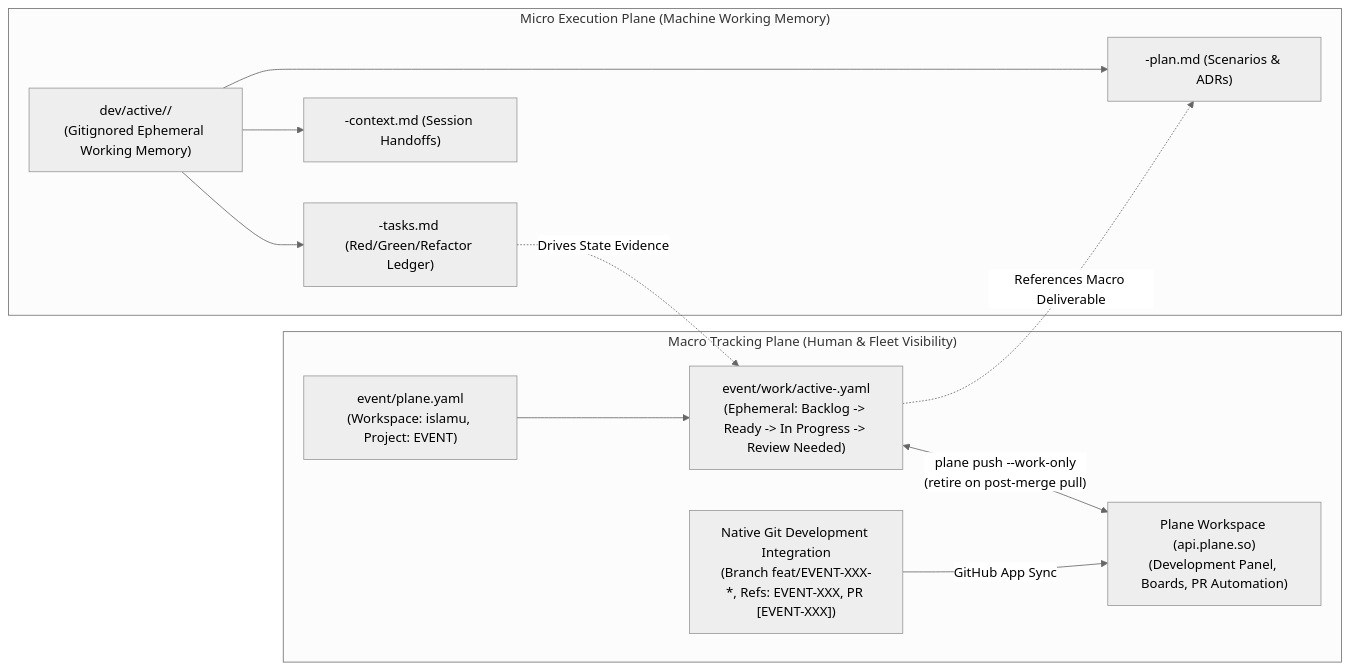
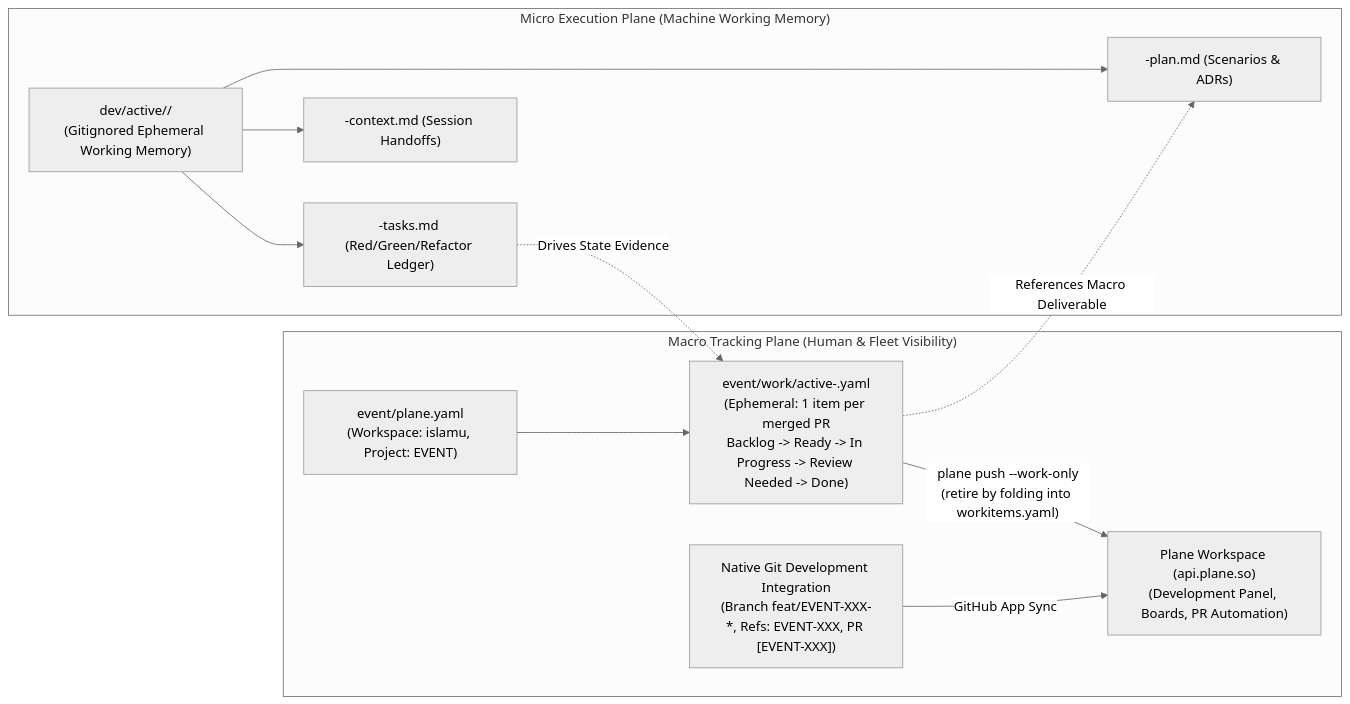
The seventh of 12 diagrams in docs/internal/AGENTIC_CONTEXT_ENGINEERING.md (islamu-ngo/Event), drawn with Mermaid (neutral theme) before and after one commit. The commit also changed other lines of this file and 25 other files, not shown here.

First line of the commit message:
docs(documentation): right-size Plane tracking to one item per merged pull request

````diff
--- a/docs/internal/AGENTIC_CONTEXT_ENGINEERING.md
+++ b/docs/internal/AGENTIC_CONTEXT_ENGINEERING.md
@@ -338,27 +338,27 @@
 ```mermaid
 flowchart LR
     subgraph MacroPlane["Macro Tracking Plane (Human & Fleet Visibility)"]
         PlaneYAML["event/plane.yaml\n(Workspace: islamu, Project: EVENT)"]
-        ActiveTaskYAML["event/work/active-<task-slug>.yaml\n(Ephemeral: Backlog -> Ready -> In Progress -> Review Needed)"]
+        ActiveTaskYAML["event/work/active-<task-slug>.yaml\n(Ephemeral: 1 item per merged PR\nBacklog -> Ready -> In Progress -> Review Needed -> Done)"]
         GitDev["Native Git Development Integration\n(Branch feat/EVENT-XXX-*, Refs: EVENT-XXX, PR [EVENT-XXX])"]
         PlaneCloud["Plane Workspace (api.plane.so)\n(Development Panel, Boards, PR Automation)"]
         
         PlaneYAML --> ActiveTaskYAML
-        ActiveTaskYAML <-->|"plane push --work-only\n(retire on post-merge pull)"| PlaneCloud
+        ActiveTaskYAML -->|"plane push --work-only\n(retire by folding into workitems.yaml)"| PlaneCloud
         GitDev -->|"GitHub App Sync"| PlaneCloud
     end
 
     subgraph MicroPlane["Micro Execution Plane (Machine Working Memory)"]
         DevDocTriad["dev/active/<task>/\n(Gitignored Ephemeral Working Memory)"]
         PlanMD["<task>-plan.md (Scenarios & ADRs)"]
         TasksMD["<task>-tasks.md (Red/Green/Refactor Ledger)"]
         ContextMD["<task>-context.md (Session Handoffs)"]
         
         DevDocTriad --> PlanMD
         DevDocTriad --> TasksMD
         DevDocTriad --> ContextMD
     end
 
     ActiveTaskYAML -.->|"References Macro Deliverable"| PlanMD
     TasksMD -.->|"Drives State Evidence"| ActiveTaskYAML
 ```
````
